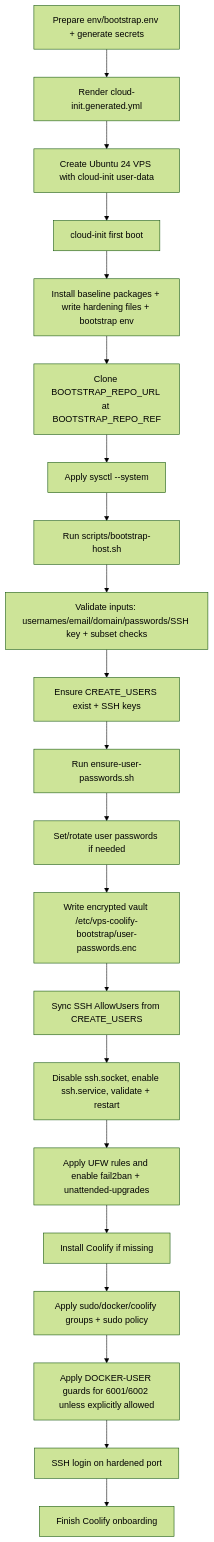
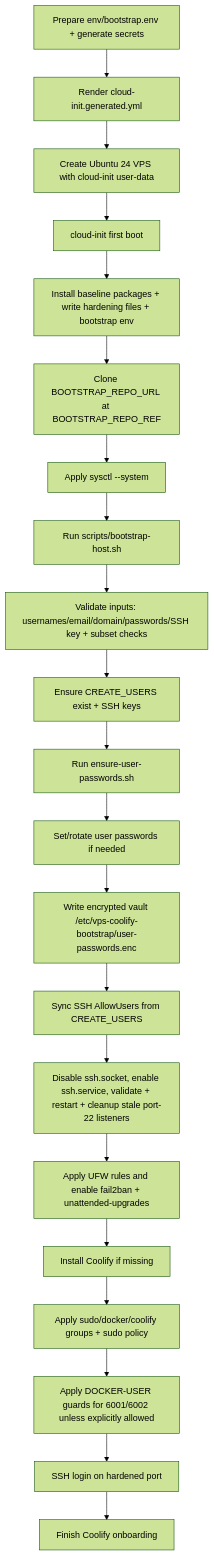
Before and after one commit to rigu/vps-coolify-bootstrap: the diagram in docs/bootstrap-flow.md, drawn with Mermaid (forest theme). The commit also changed 4 other files, not shown here.

````diff
--- a/docs/bootstrap-flow.md
+++ b/docs/bootstrap-flow.md
@@ -29,23 +29,23 @@
 ```mermaid
 flowchart TD
   A[Prepare env/bootstrap.env + generate secrets] --> B[Render cloud-init.generated.yml]
   B --> C[Create Ubuntu 24 VPS with cloud-init user-data]
   C --> D[cloud-init first boot]
   D --> E[Install baseline packages + write hardening files + bootstrap env]
   E --> F[Clone BOOTSTRAP_REPO_URL at BOOTSTRAP_REPO_REF]
   F --> G[Apply sysctl --system]
   G --> H[Run scripts/bootstrap-host.sh]
   H --> H1[Validate inputs: usernames/email/domain/passwords/SSH key + subset checks]
   H1 --> I[Ensure CREATE_USERS exist + SSH keys]
   I --> J[Run ensure-user-passwords.sh]
   J --> K[Set/rotate user passwords if needed]
   K --> L[Write encrypted vault /etc/vps-coolify-bootstrap/user-passwords.enc]
   L --> M[Sync SSH AllowUsers from CREATE_USERS]
-  M --> N[Disable ssh.socket, enable ssh.service, validate + restart]
+  M --> N[Disable ssh.socket, enable ssh.service, validate + restart + cleanup stale port-22 listeners]
   N --> O[Apply UFW rules and enable fail2ban + unattended-upgrades]
   O --> P[Install Coolify if missing]
   P --> Q[Apply sudo/docker/coolify groups + sudo policy]
   Q --> R[Apply DOCKER-USER guards for 6001/6002 unless explicitly allowed]
   R --> S[SSH login on hardened port]
   S --> T[Finish Coolify onboarding]
 ```
````
